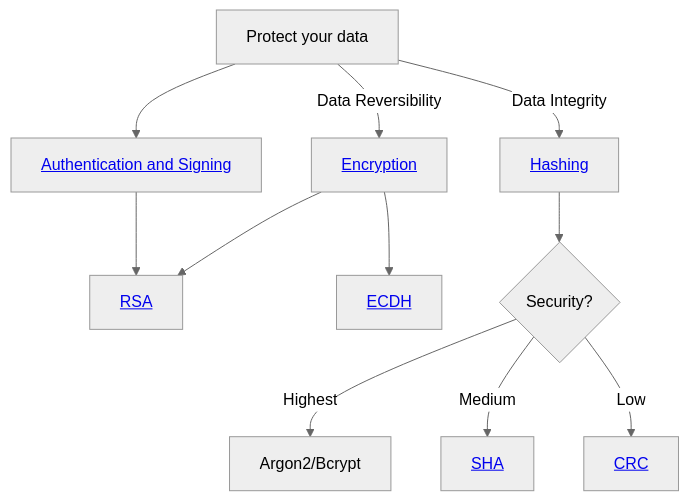
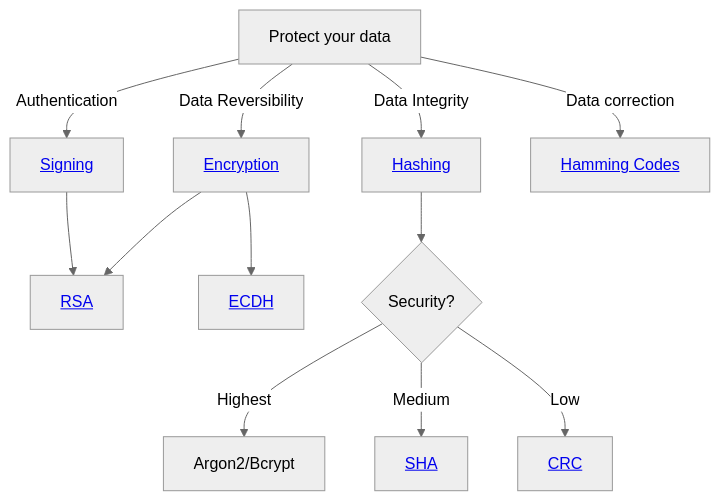
The diagram in Security/README.md (maneesh29s/digital-garden-notes), drawn with Mermaid (neutral theme) before and after one commit. The commit also changed 5 other files, not shown here.

`````diff
--- a/Security/README.md
+++ b/Security/README.md
@@ -17,23 +17,25 @@
 ````mermaid
 flowchart TD
 
 A[Protect your data] -->|Data Reversibility| B["<a class='internal-link is-unresolved' href='./encryption'>Encryption</a>"]
 
 A -->|Data Integrity| C["<a class='internal-link is-unresolved' href='./hashing'>Hashing</a>"]
 
-A --> D["<a class='internal-link is-unresolved' href='./signing'>Authentication and Signing</a>"] --> E
+A -->|Authentication| D["<a class='internal-link is-unresolved' href='./signing'>Signing</a>"] --> E
+
+A -->|Data correction| HC["<a class='internal-link is-unresolved' href='./error_correction'>Hamming Codes</a>"]
 
 B --> E["<a class='internal-link is-unresolved' href='./rsa'>RSA</a>"]
 
 B --> F["<a class='internal-link is-unresolved' href='./dh'>ECDH</a>"]
 
 C --> G{Security?}
 
 G -->|Highest| H[Argon2/Bcrypt]
 
 G -->|Medium| I["<a class='internal-link is-unresolved' href='./sha'>SHA</a>"]
 
 G -->|Low| J["<a class='internal-link is-unresolved' href='./crc'>CRC</a>"]
 
 
 ````
`````
